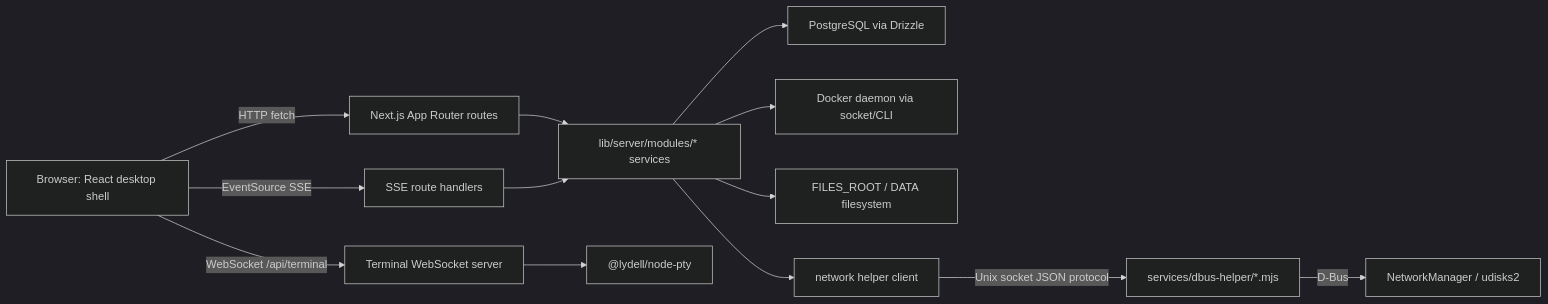
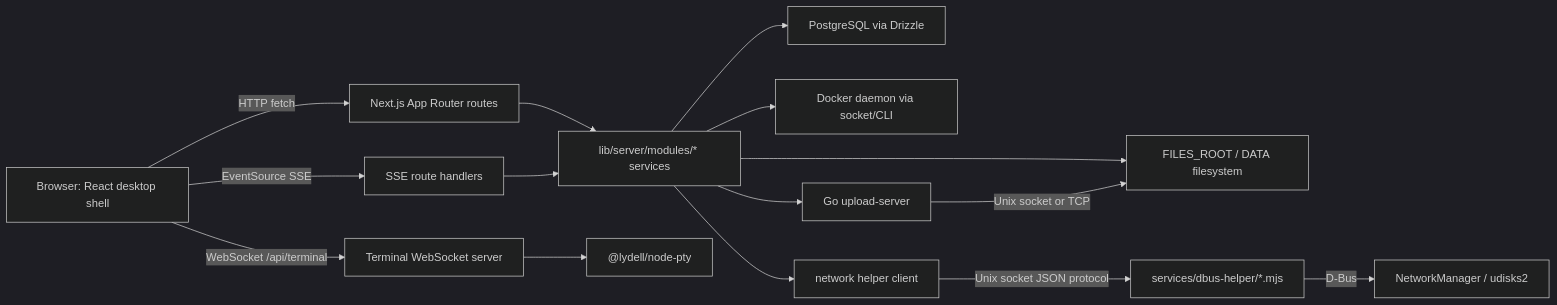
One commit to doctor-io/home-server changed the first of 3 diagrams in doc/architecture.md. Above: the diagram before and after it, drawn with Mermaid (dark theme). The commit also changed other lines of this file and 165 other files, not shown here.

````diff
--- a/doc/architecture.md
+++ b/doc/architecture.md
@@ -5,15 +5,17 @@
 ```mermaid
 flowchart LR
   Browser["Browser: React desktop shell"] -->|"HTTP fetch"| Next["Next.js App Router routes"]
   Browser -->|"EventSource SSE"| SSE["SSE route handlers"]
   Browser -->|"WebSocket /api/terminal"| WS["Terminal WebSocket server"]
   Next --> Services["lib/server/modules/* services"]
   SSE --> Services
   WS --> PTY["@lydell/node-pty"]
   Services --> PG["PostgreSQL via Drizzle"]
   Services --> Docker["Docker daemon via socket/CLI"]
   Services --> FS["FILES_ROOT / DATA filesystem"]
+  Services --> UploadSidecar["Go upload-server"]
+  UploadSidecar -->|"Unix socket or TCP"| FS
   Services --> HelperClient["network helper client"]
   HelperClient -->|"Unix socket JSON protocol"| DbusHelper["services/dbus-helper/*.mjs"]
   DbusHelper -->|"D-Bus"| NetworkManager["NetworkManager / udisks2"]
 ```
````
